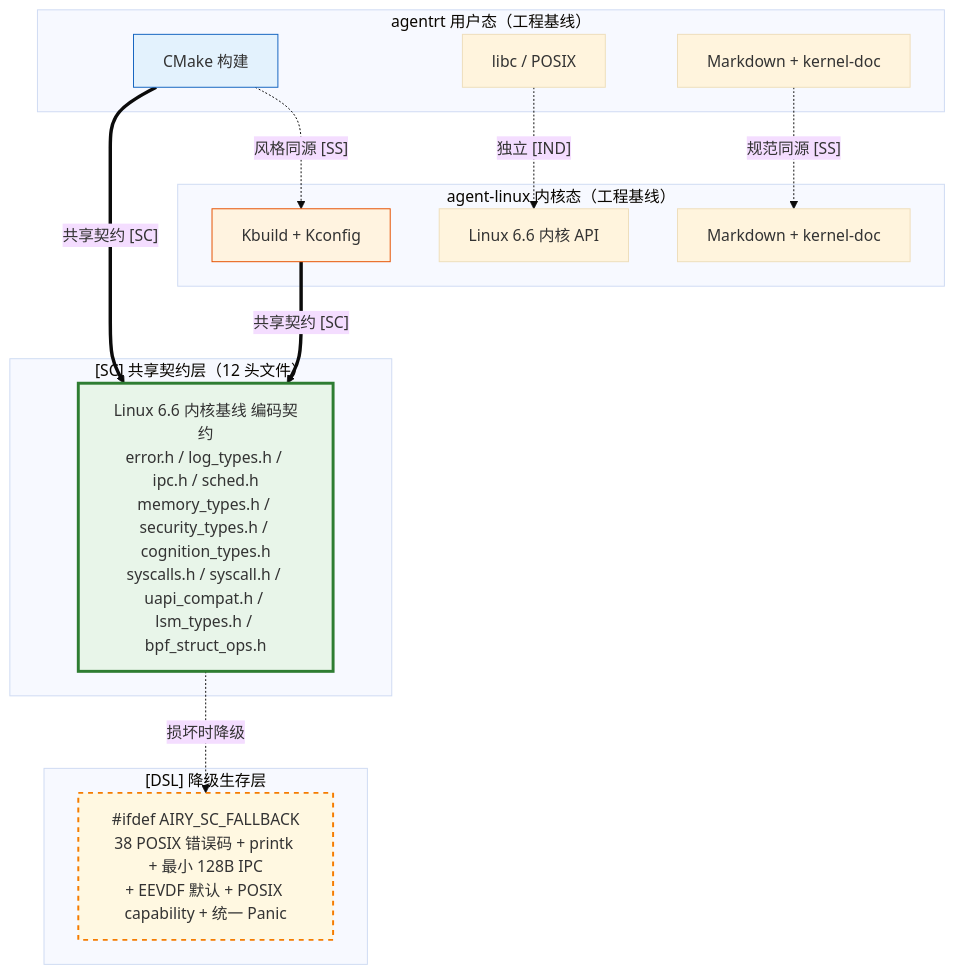
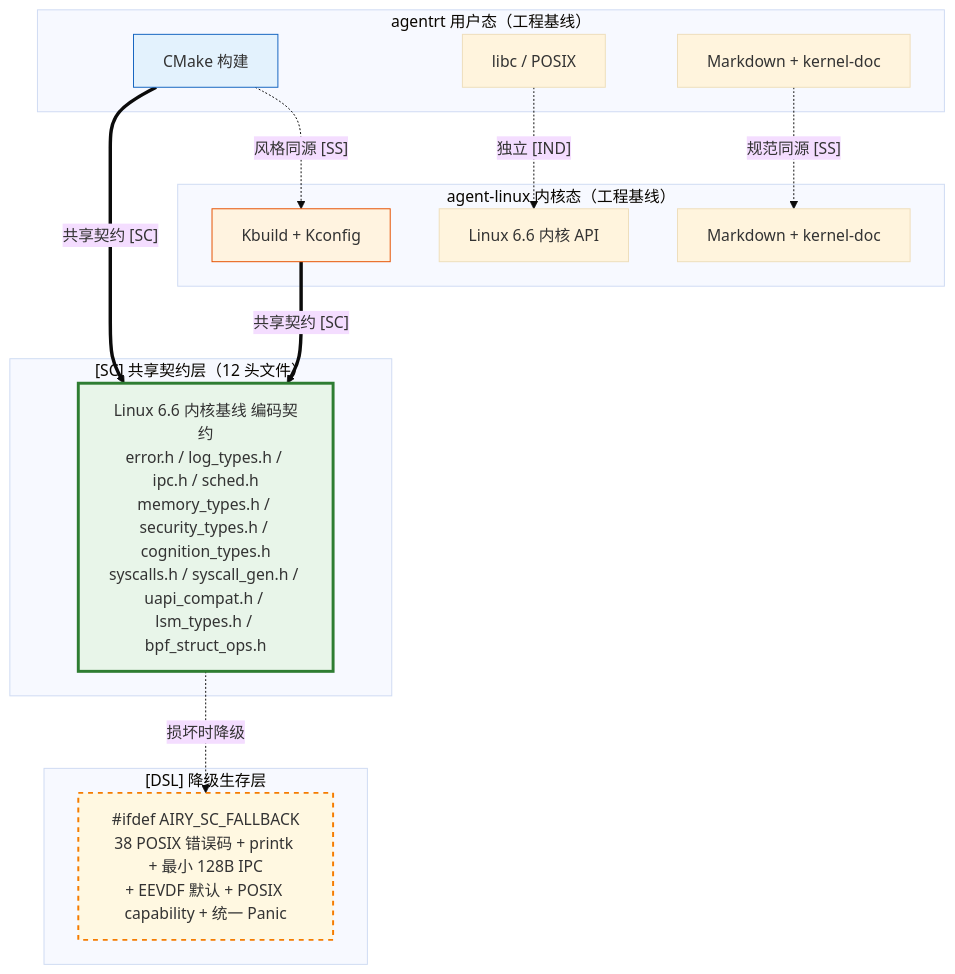
The diagram in 10-architecture/04-engineering-baseline.md (openairymax/docs-linux), drawn with Mermaid (base theme) before and after one commit. The commit also changed other lines of this file and 28 other files, not shown here.

````diff
--- a/10-architecture/04-engineering-baseline.md
+++ b/10-architecture/04-engineering-baseline.md
@@ -637,36 +637,36 @@
 ```mermaid
 graph TB
     subgraph "agentrt 用户态（工程基线）"
         RT_CMAKE[CMake 构建]
         RT_LIBC[libc / POSIX]
         RT_DOC[Markdown + kernel-doc]
     end
 
     subgraph "agent-linux 内核态（工程基线）"
         OS_KBUILD[Kbuild + Kconfig]
         OS_LINUX[Linux 6.6 内核 API]
         OS_DOC[Markdown + kernel-doc]
     end
 
     subgraph "[SC] 共享契约层（12 头文件）"
-        SC[Linux 6.6 内核基线 编码契约<br/>error.h / log_types.h / ipc.h / sched.h<br/>memory_types.h / security_types.h / cognition_types.h<br/>syscalls.h / syscall.h / uapi_compat.h / lsm_types.h / bpf_struct_ops.h]
+        SC[Linux 6.6 内核基线 编码契约<br/>error.h / log_types.h / ipc.h / sched.h<br/>memory_types.h / security_types.h / cognition_types.h<br/>syscalls.h / syscall_gen.h / uapi_compat.h / lsm_types.h / bpf_struct_ops.h]
     end
 
     subgraph "[DSL] 降级生存层"
         DSL["#ifdef AIRY_SC_FALLBACK<br/>38 POSIX 错误码 + printk + 最小 128B IPC<br/>+ EEVDF 默认 + POSIX capability + 统一 Panic"]
     end
 
     RT_CMAKE -.->|"风格同源 [SS]"| OS_KBUILD
     RT_LIBC -.->|"独立 [IND]"| OS_LINUX
     RT_DOC -.->|"规范同源 [SS]"| OS_DOC
 
     RT_CMAKE ==>|"共享契约 [SC]"| SC
     OS_KBUILD ==>|"共享契约 [SC]"| SC
 
     SC -.->|"损坏时降级"| DSL
 
     style SC fill:#e8f5e9,stroke:#2e7d32,stroke-width:3px
     style DSL fill:#fff8e1,stroke:#f57c00,stroke-width:2px,stroke-dasharray: 5 5
     style RT_CMAKE fill:#e3f2fd,stroke:#1565c0
     style OS_KBUILD fill:#fff3e0,stroke:#e65100
 ```
````
